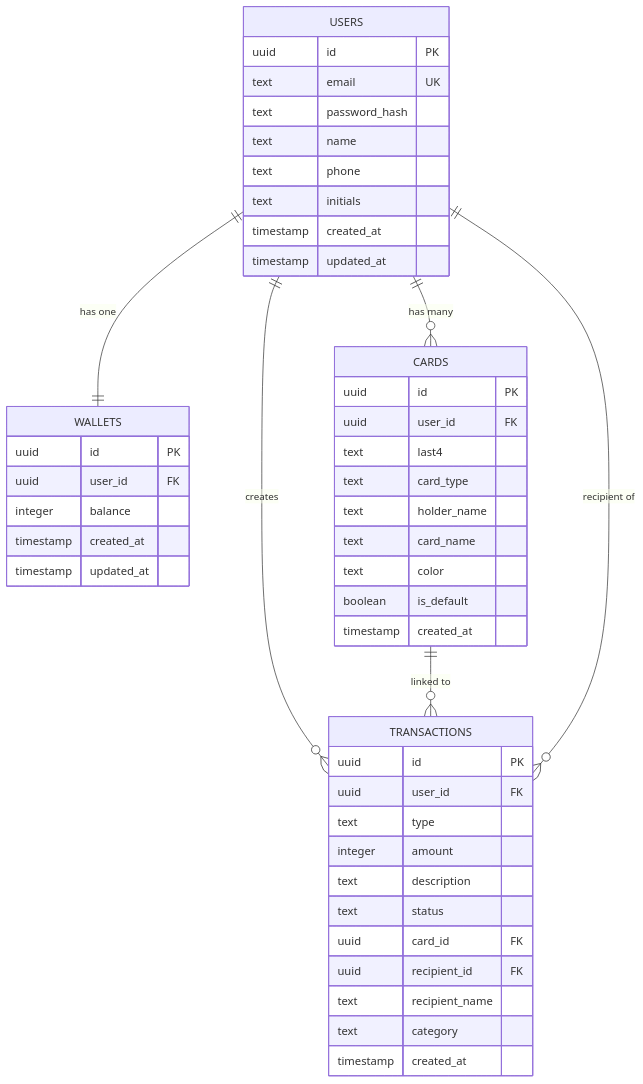
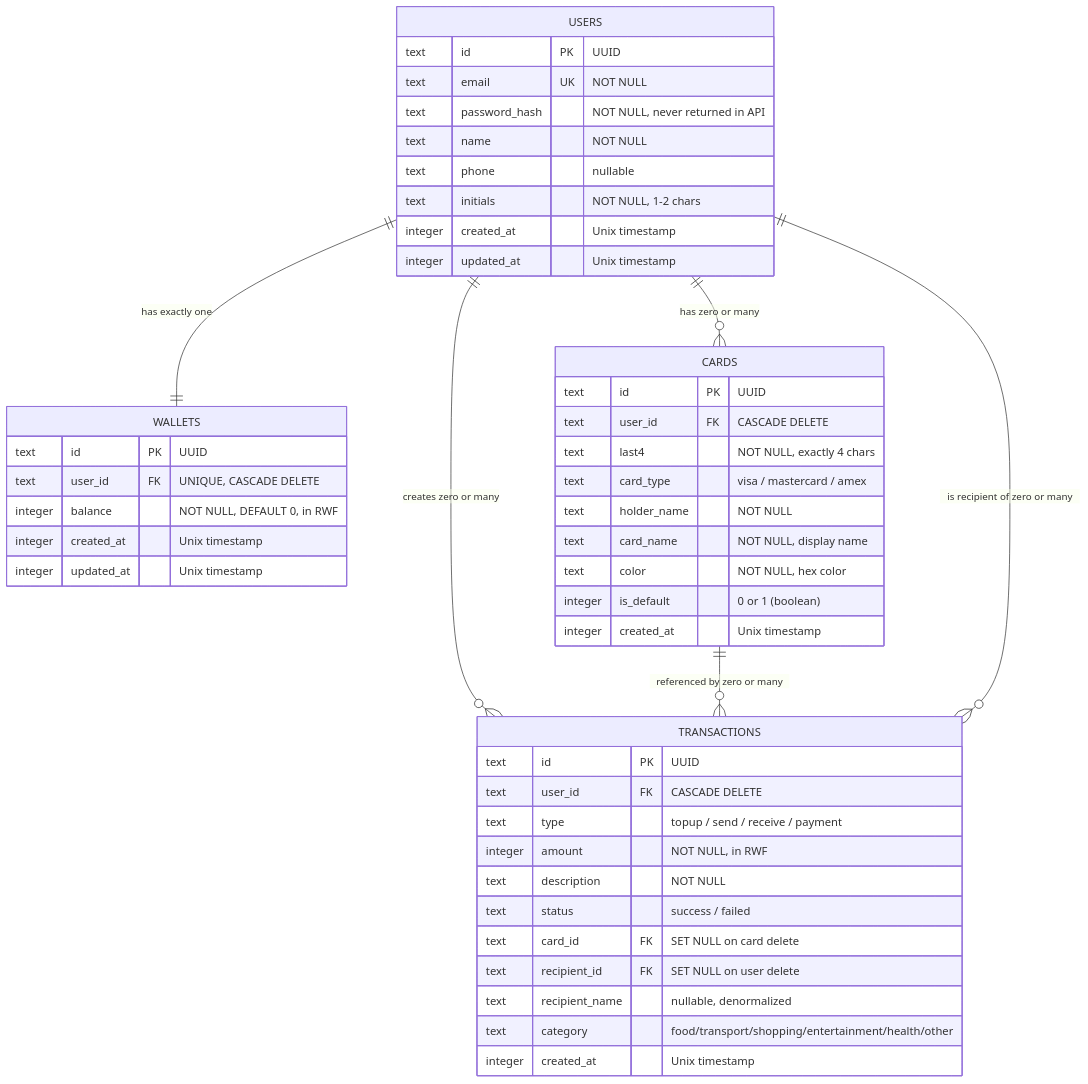
Before and after one commit to pac-cee/Rwanda_Pay: the eighth of 10 diagrams in docs/04-system-design.md, drawn with Mermaid. The commit also changed other lines of this file, not shown here.

````diff
--- a/docs/04-system-design.md
+++ b/docs/04-system-design.md
@@ -211,53 +258,53 @@
 ```mermaid
 erDiagram
     USERS {
-        uuid id PK
-        text email UK
-        text password_hash
-        text name
-        text phone
-        text initials
-        timestamp created_at
-        timestamp updated_at
+        text id PK "UUID"
+        text email UK "NOT NULL"
+        text password_hash "NOT NULL, never returned in API"
+        text name "NOT NULL"
+        text phone "nullable"
+        text initials "NOT NULL, 1-2 chars"
+        integer created_at "Unix timestamp"
+        integer updated_at "Unix timestamp"
     }
 
     WALLETS {
-        uuid id PK
-        uuid user_id FK
-        integer balance
-        timestamp created_at
-        timestamp updated_at
+        text id PK "UUID"
+        text user_id FK "UNIQUE, CASCADE DELETE"
+        integer balance "NOT NULL, DEFAULT 0, in RWF"
+        integer created_at "Unix timestamp"
+        integer updated_at "Unix timestamp"
     }
 
     CARDS {
-        uuid id PK
-        uuid user_id FK
-        text last4
-        text card_type
-        text holder_name
-        text card_name
-        text color
-        boolean is_default
-        timestamp created_at
+        text id PK "UUID"
+        text user_id FK "CASCADE DELETE"
+        text last4 "NOT NULL, exactly 4 chars"
+        text card_type "visa / mastercard / amex"
+        text holder_name "NOT NULL"
+        text card_name "NOT NULL, display name"
+        text color "NOT NULL, hex color"
+        integer is_default "0 or 1 (boolean)"
+        integer created_at "Unix timestamp"
     }
 
     TRANSACTIONS {
-        uuid id PK
-        uuid user_id FK
-        text type
-        integer amount
-        text description
-        text status
-        uuid card_id FK
-        uuid recipient_id FK
-        text recipient_name
-        text category
-        timestamp created_at
+        text id PK "UUID"
+        text user_id FK "CASCADE DELETE"
+        text type "topup / send / receive / payment"
+        integer amount "NOT NULL, in RWF"
+        text description "NOT NULL"
+        text status "success / failed"
+        text card_id FK "SET NULL on card delete"
+        text recipient_id FK "SET NULL on user delete"
+        text recipient_name "nullable, denormalized"
+        text category "food/transport/shopping/entertainment/health/other"
+        integer created_at "Unix timestamp"
     }
 
-    USERS ||--|| WALLETS : "has one"
-    USERS ||--o{ CARDS : "has many"
-    USERS ||--o{ TRANSACTIONS : "creates"
-    CARDS ||--o{ TRANSACTIONS : "linked to"
-    USERS ||--o{ TRANSACTIONS : "recipient of"
+    USERS ||--|| WALLETS : "has exactly one"
+    USERS ||--o{ CARDS : "has zero or many"
+    USERS ||--o{ TRANSACTIONS : "creates zero or many"
+    CARDS ||--o{ TRANSACTIONS : "referenced by zero or many"
+    USERS ||--o{ TRANSACTIONS : "is recipient of zero or many"
 ```
````
